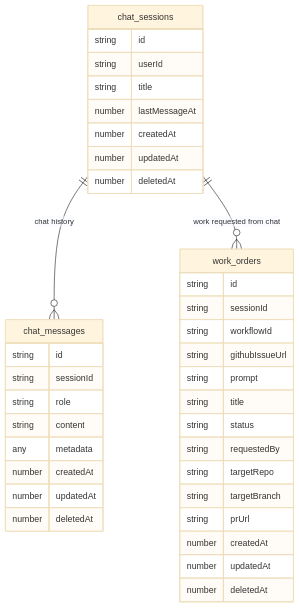
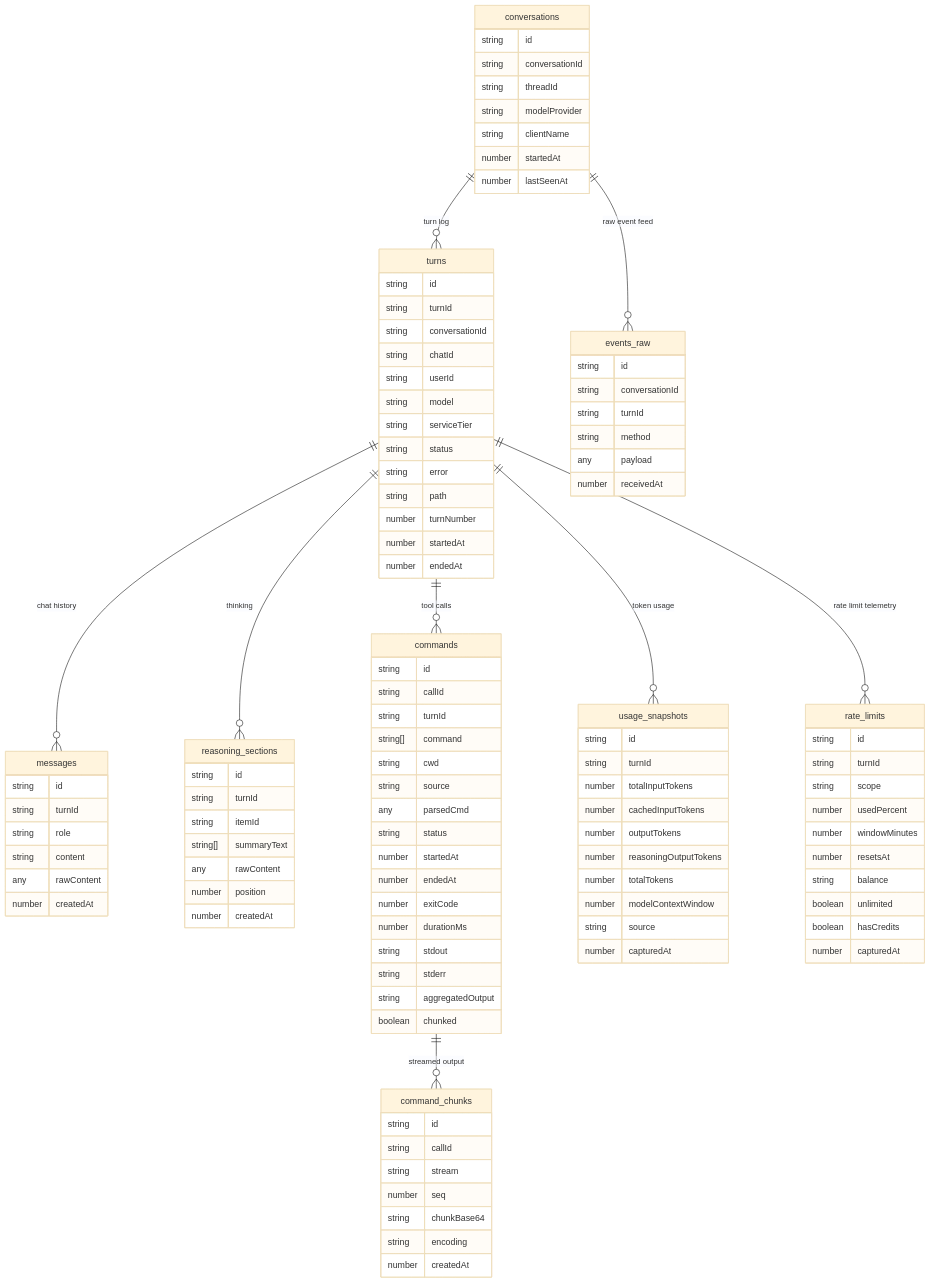
The diagram in docs/jangar/persistence.md (proompteng/lab), drawn with Mermaid (base theme) before and after one commit. The commit also changed other lines of this file and 2 other files, not shown here.

````diff
--- a/docs/jangar/persistence.md
+++ b/docs/jangar/persistence.md
@@ -12,43 +13,120 @@
 ```mermaid
 erDiagram
-  chat_sessions {
+  conversations {
     string id
-    string userId
-    string title
-    number lastMessageAt
-    number createdAt
-    number updatedAt
-    number deletedAt
+    string conversationId
+    string threadId
+    string modelProvider
+    string clientName
+    number startedAt
+    number lastSeenAt
   }
 
-  chat_messages {
+  turns {
     string id
-    string sessionId
+    string turnId
+    string conversationId
+    string chatId
+    string userId
+    string model
+    string serviceTier
+    string status
+    string error
+    string path
+    number turnNumber
+    number startedAt
+    number endedAt
+  }
+
+  messages {
+    string id
+    string turnId
     string role
     string content
-    any metadata
+    any rawContent
     number createdAt
-    number updatedAt
-    number deletedAt
   }
 
-  work_orders {
+  reasoning_sections {
     string id
-    string sessionId
-    string workflowId
-    string githubIssueUrl
-    string prompt
-    string title
-    string status
-    string requestedBy
-    string targetRepo
-    string targetBranch
-    string prUrl
+    string turnId
+    string itemId
+    string[] summaryText
+    any rawContent
+    number position
     number createdAt
-    number updatedAt
-    number deletedAt
   }
 
-  chat_sessions ||--o{ chat_messages : "chat history"
-  chat_sessions ||--o{ work_orders : "work requested from chat"
+  commands {
+    string id
+    string callId
+    string turnId
+    string[] command
+    string cwd
+    string source
+    any parsedCmd
+    string status
+    number startedAt
+    number endedAt
+    number exitCode
+    number durationMs
+    string stdout
+    string stderr
+    string aggregatedOutput
+    boolean chunked
+  }
+
+  command_chunks {
+    string id
+    string callId
+    string stream
+    number seq
+    string chunkBase64
+    string encoding
+    number createdAt
+  }
+
+  usage_snapshots {
+    string id
+    string turnId
+    number totalInputTokens
+    number cachedInputTokens
+    number outputTokens
+    number reasoningOutputTokens
+    number totalTokens
+    number modelContextWindow
+    string source
+    number capturedAt
+  }
+
+  rate_limits {
+    string id
+    string turnId
+    string scope
+    number usedPercent
+    number windowMinutes
+    number resetsAt
+    string balance
+    boolean unlimited
+    boolean hasCredits
+    number capturedAt
+  }
+
+  events_raw {
+    string id
+    string conversationId
+    string turnId
+    string method
+    any payload
+    number receivedAt
+  }
+
+  conversations ||--o{ turns : "turn log"
+  turns ||--o{ messages : "chat history"
+  turns ||--o{ reasoning_sections : "thinking"
+  turns ||--o{ commands : "tool calls"
+  commands ||--o{ command_chunks : "streamed output"
+  turns ||--o{ usage_snapshots : "token usage"
+  turns ||--o{ rate_limits : "rate limit telemetry"
+  conversations ||--o{ events_raw : "raw event feed"
 ```
````
